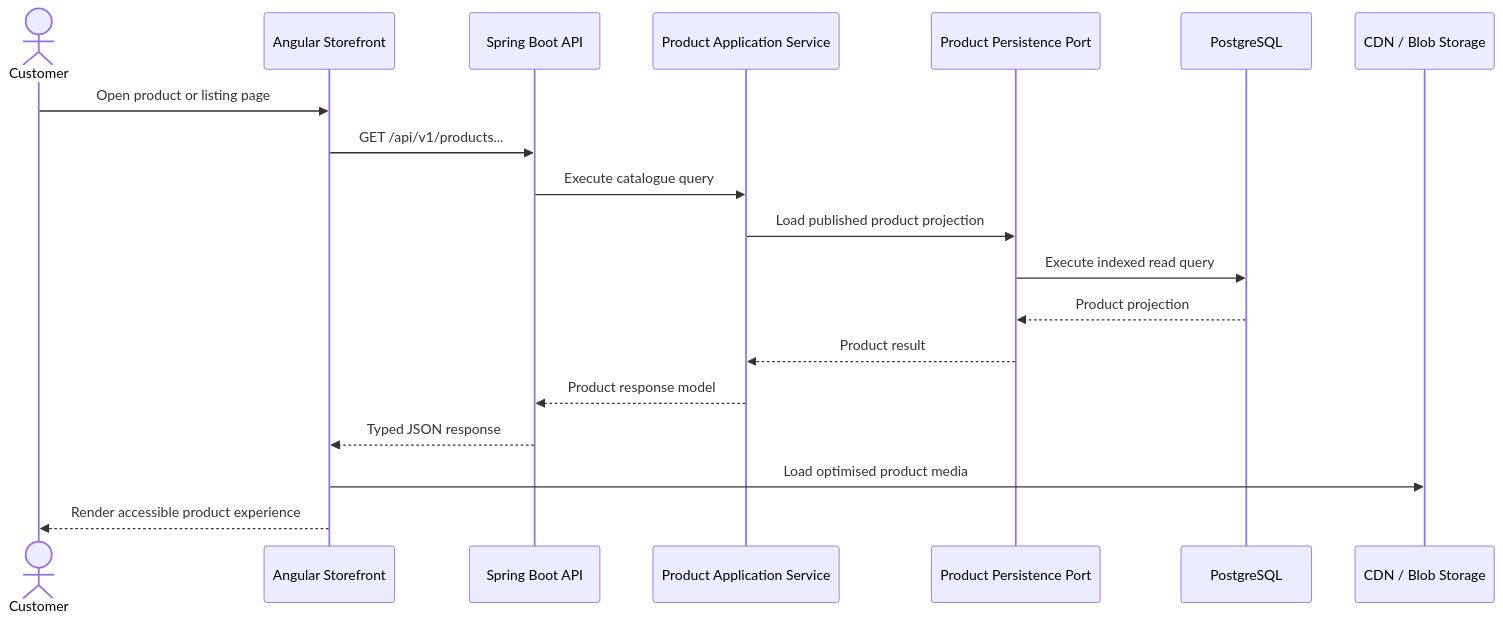
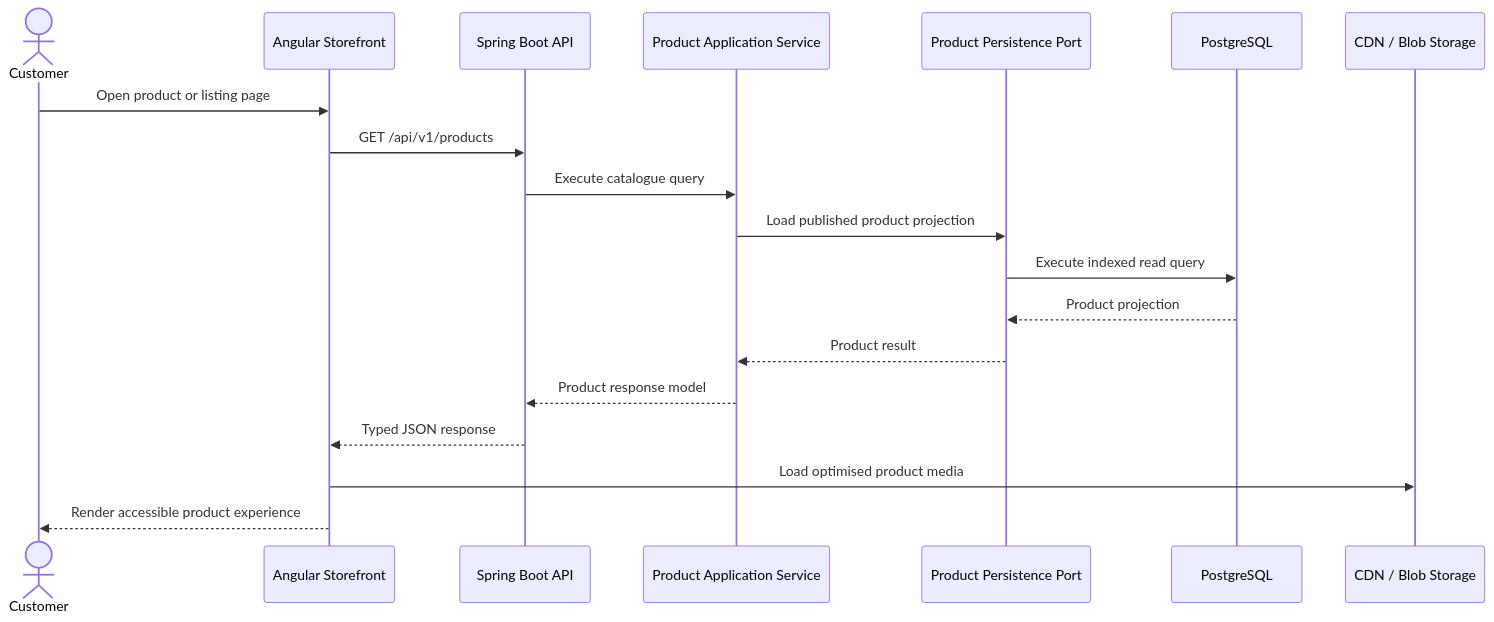
One commit to awesomehesman/eCom-Online-Store changed the first of 6 diagrams in enterprise-fashion-ecommerce/.ai/core/ARCHITECTURE.md. Above: the diagram before and after it, drawn with Mermaid. The commit also changed other lines of this file, not shown here.

Commit message:
docs(ai): align architecture after core audit

````diff
--- a/enterprise-fashion-ecommerce/.ai/core/ARCHITECTURE.md
+++ b/enterprise-fashion-ecommerce/.ai/core/ARCHITECTURE.md
@@ -772,22 +774,22 @@
 ```mermaid
 sequenceDiagram
     actor Customer
     participant Web as Angular Storefront
     participant API as Spring Boot API
     participant Product as Product Application Service
     participant ProductRepo as Product Persistence Port
     participant DB as PostgreSQL
     participant Media as CDN / Blob Storage
 
     Customer->>Web: Open product or listing page
-    Web->>API: GET /api/v1/products...
+    Web->>API: GET /api/v1/products
     API->>Product: Execute catalogue query
     Product->>ProductRepo: Load published product projection
     ProductRepo->>DB: Execute indexed read query
     DB-->>ProductRepo: Product projection
     ProductRepo-->>Product: Product result
     Product-->>API: Product response model
     API-->>Web: Typed JSON response
     Web->>Media: Load optimised product media
     Web-->>Customer: Render accessible product experience
 ```
````
